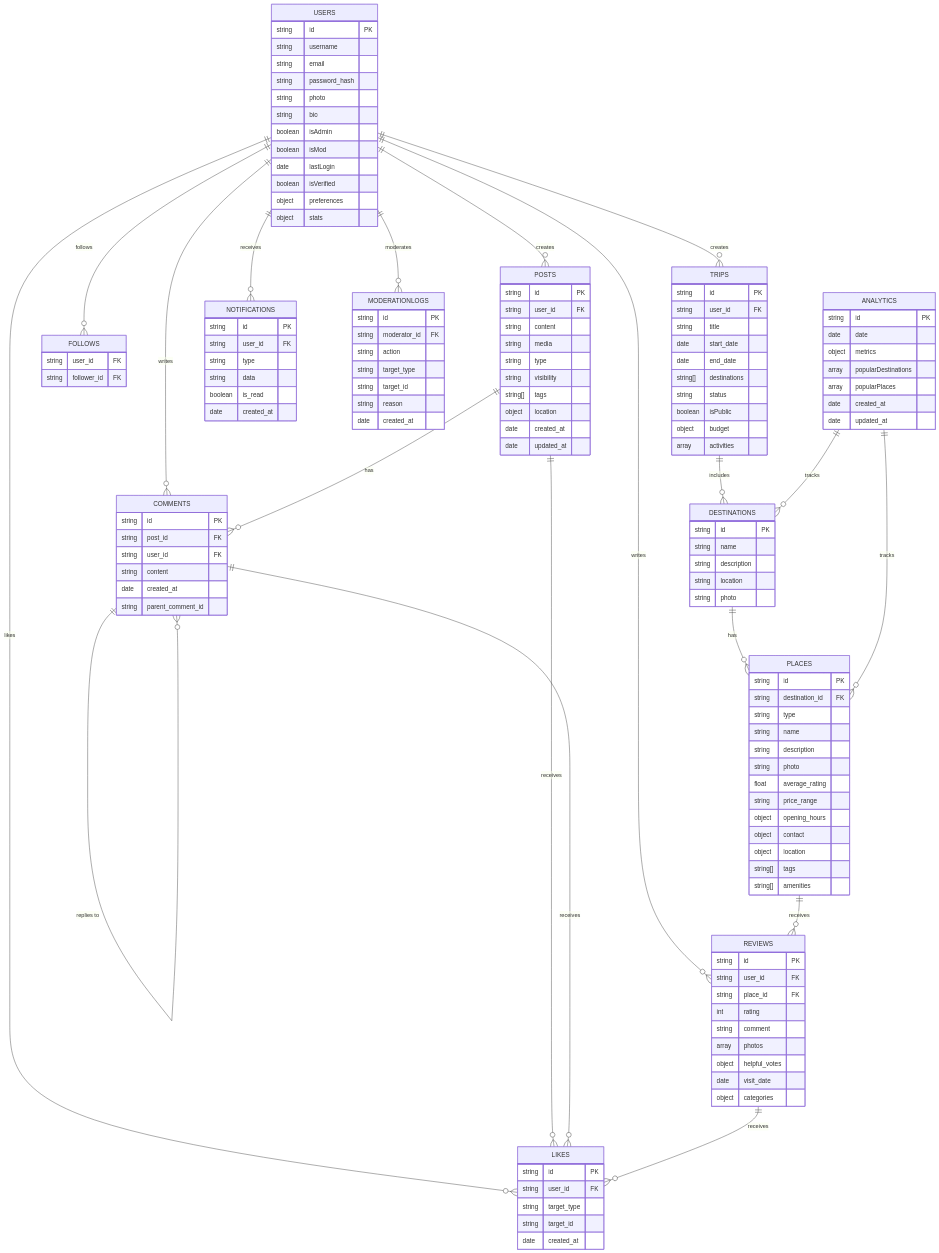
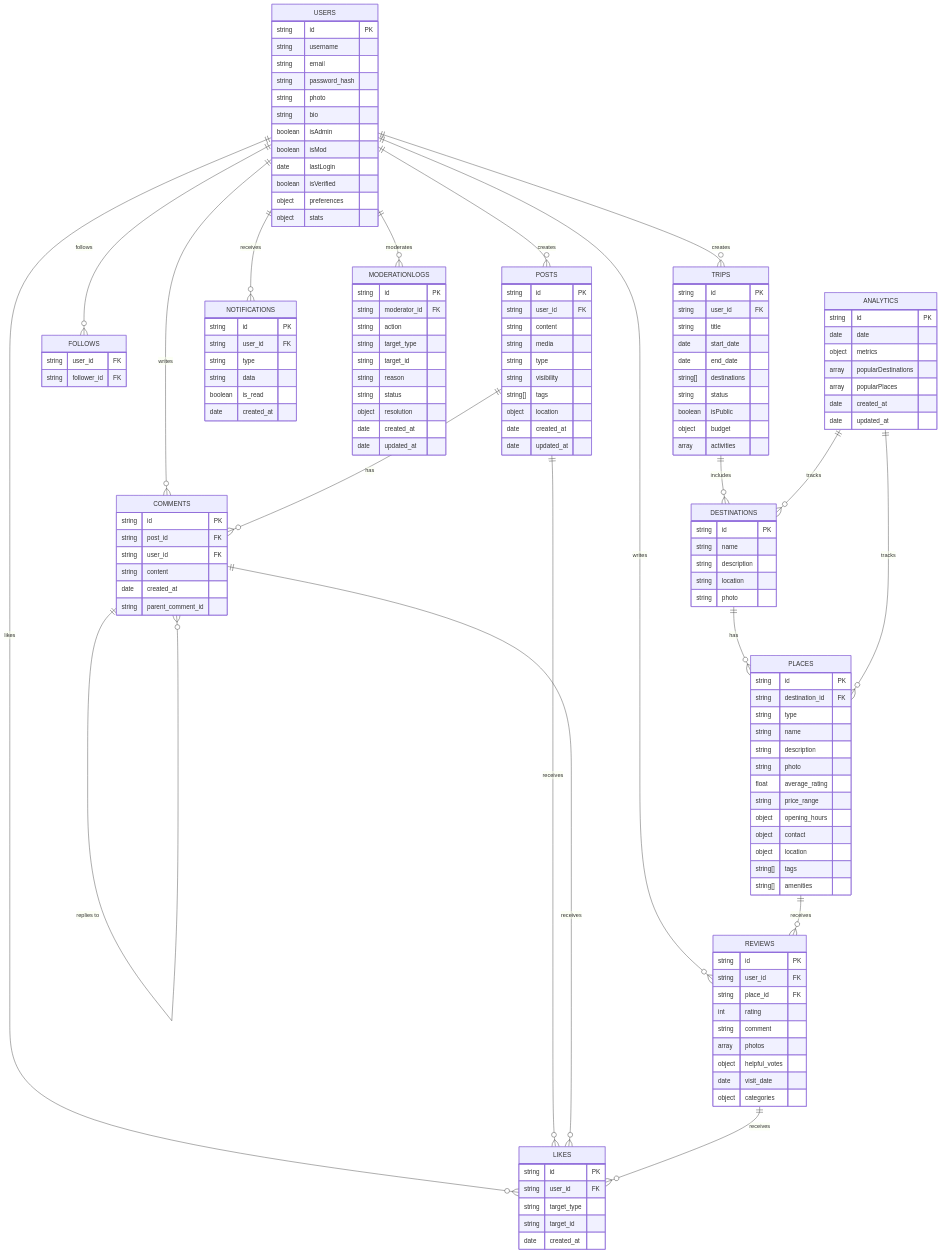
The diagram in DB.mermaid (8L4CK-8L4Z3/Hermes), drawn with Mermaid before and after one commit. The commit also changed 23 other files, not shown here.

```diff
--- a/DB.mermaid
+++ b/DB.mermaid
@@ -1,136 +1,139 @@
 erDiagram
   USERS {
     string id PK
     string username
     string email
     string password_hash
     string photo
     string bio
     boolean isAdmin
     boolean isMod
     date lastLogin
     boolean isVerified
     object preferences
     object stats
   }
   TRIPS {
     string id PK
     string user_id FK
     string title
     date start_date
     date end_date
     string[] destinations
     string status
     boolean isPublic
     object budget
     array activities
   }
   DESTINATIONS {
     string id PK
     string name
     string description
     string location
     string photo
   }
   PLACES {
     string id PK
     string destination_id FK
     string type
     string name
     string description
     string photo
     float average_rating
     string price_range
     object opening_hours
     object contact
     object location
     string[] tags
     string[] amenities
   }
   REVIEWS {
     string id PK
     string user_id FK
     string place_id FK
     int rating
     string comment
     array photos
     object helpful_votes
     date visit_date
     object categories
   }
   FOLLOWS {
     string user_id FK
     string follower_id FK
   }
   POSTS {
     string id PK
     string user_id FK
     string content
     string media
     string type
     string visibility
     string[] tags
     object location
     date created_at
     date updated_at
   }
   COMMENTS {
     string id PK
     string post_id FK
     string user_id FK
     string content
     date created_at
     string parent_comment_id
   }
   LIKES {
     string id PK
     string user_id FK
     string target_type
     string target_id
     date created_at
   }
   NOTIFICATIONS {
     string id PK
     string user_id FK
     string type
     string data
     boolean is_read
     date created_at
   }
   MODERATIONLOGS {
     string id PK
     string moderator_id FK
     string action
     string target_type
     string target_id
     string reason
+    string status
+    object resolution
     date created_at
+    date updated_at
   }
   ANALYTICS {
     string id PK
     date date
     object metrics
     array popularDestinations
     array popularPlaces
     date created_at
     date updated_at
   }
 
   USERS ||--o{ TRIPS : "creates"
   USERS ||--o{ REVIEWS : "writes"
   USERS ||--o{ POSTS : "creates"
   USERS ||--o{ COMMENTS : "writes"
   USERS ||--o{ FOLLOWS : "follows"
   USERS ||--o{ LIKES : "likes"
   USERS ||--o{ NOTIFICATIONS : "receives"
   USERS ||--o{ MODERATIONLOGS : "moderates"
   TRIPS ||--o{ DESTINATIONS : "includes"
   DESTINATIONS ||--o{ PLACES : "has"
   PLACES ||--o{ REVIEWS : "receives"
   POSTS ||--o{ COMMENTS : "has"
   POSTS ||--o{ LIKES : "receives"
   COMMENTS ||--o{ LIKES : "receives"
   REVIEWS ||--o{ LIKES : "receives"
   COMMENTS ||--o{ COMMENTS : "replies to"
   ANALYTICS ||--o{ DESTINATIONS : "tracks"
   ANALYTICS ||--o{ PLACES : "tracks"
```
